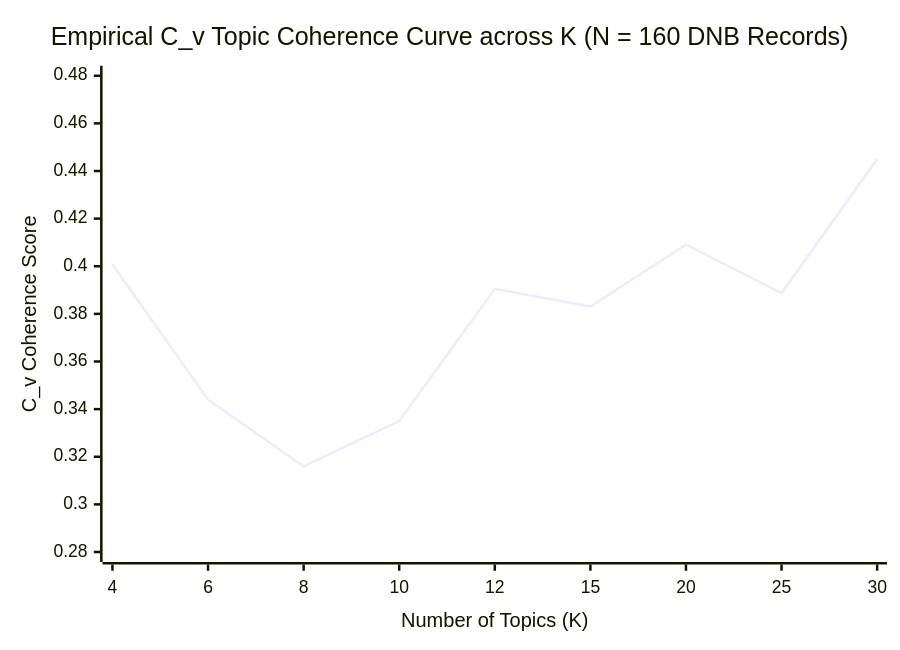
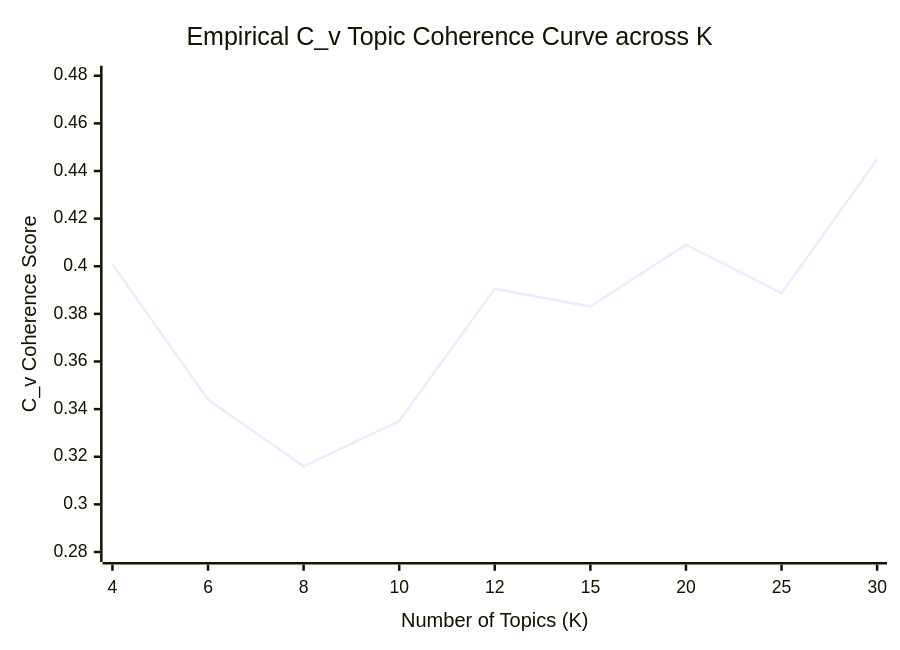
The second of 2 diagrams in docs/LDA_END_TO_END_GUIDE.md (metachasm-beep/Deutsche-Verlage-LDA), drawn with Mermaid before and after one commit. The commit also changed other lines of this file and 5 other files, not shown here.

````diff
--- a/docs/LDA_END_TO_END_GUIDE.md
+++ b/docs/LDA_END_TO_END_GUIDE.md
@@ -142,7 +142,7 @@
 ```mermaid
 xychart-beta
-    title "Empirical C_v Topic Coherence Curve across K (N = 160 DNB Records)"
+    title "Empirical C_v Topic Coherence Curve across K"
     x-axis "Number of Topics (K)" ["4", "6", "8", "10", "12", "15", "20", "25", "30"]
     y-axis "C_v Coherence Score" 0.28 --> 0.48
     line [0.4008, 0.344, 0.316, 0.335, 0.3905, 0.3831, 0.4091, 0.3887, 0.4449]
 ```
````
